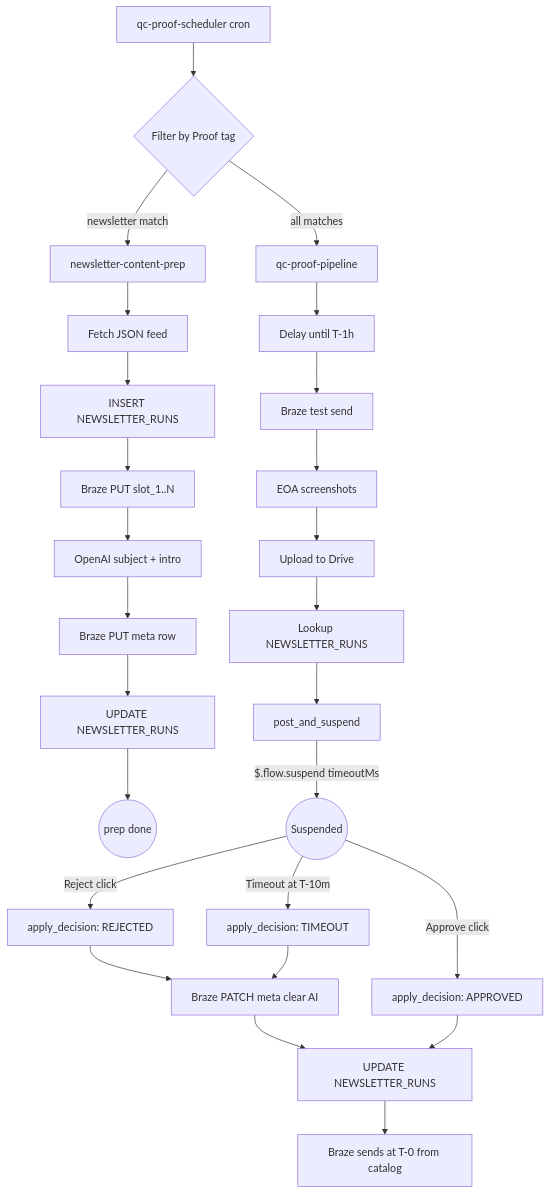
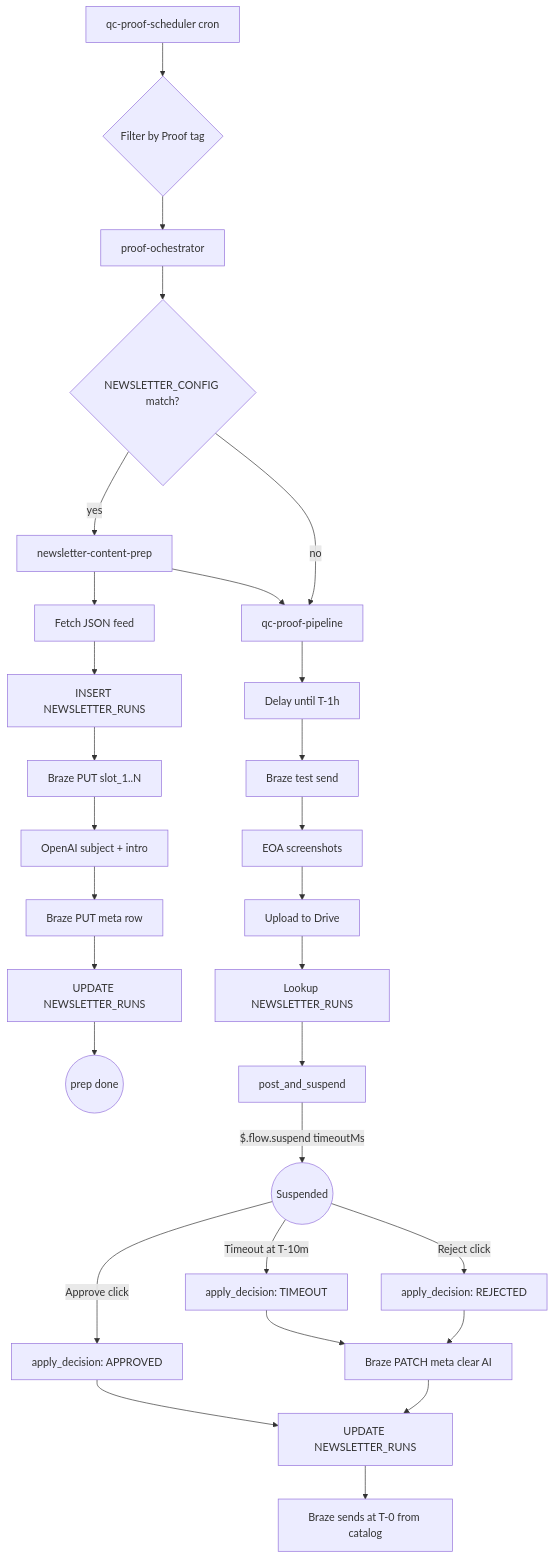
Before and after one commit to mccmmena/CRM-Proof-Pipeline: the diagram in README.md, drawn with Mermaid. The commit also changed other lines of this file and 8 other files, not shown here.

First line of the commit message:
Multi-feed schema + proof orchestrator + Trailhead pilot seed

````diff
--- a/README.md
+++ b/README.md
@@ -39,32 +39,35 @@
 ```mermaid
 flowchart TD
   cron[qc-proof-scheduler cron] --> filter{Filter by Proof tag}
-  filter -->|newsletter match| prep[newsletter-content-prep]
-  filter -->|all matches| proof[qc-proof-pipeline]
+  filter --> orch[proof-ochestrator]
+  orch --> configcheck{NEWSLETTER_CONFIG match?}
+  configcheck -->|yes| prep[newsletter-content-prep]
+  configcheck -->|no| proof[qc-proof-pipeline]
+  prep --> proof
 
   prep --> fetchfeed[Fetch JSON feed]
   fetchfeed --> snowhist[INSERT NEWSLETTER_RUNS]
   snowhist --> slotupsert[Braze PUT slot_1..N]
   slotupsert --> openai[OpenAI subject + intro]
   openai --> metaupsert[Braze PUT meta row]
   metaupsert --> updatehist[UPDATE NEWSLETTER_RUNS]
   updatehist --> prepdone((prep done))
 
   proof --> proofwait[Delay until T-1h]
   proofwait --> testsend[Braze test send]
   testsend --> eoa[EOA screenshots]
   eoa --> drive[Upload to Drive]
   drive --> lookup[Lookup NEWSLETTER_RUNS]
   lookup --> suspend[post_and_suspend]
   suspend -->|$.flow.suspend timeoutMs| paused((Suspended))
   paused -->|Approve click| resumeA[apply_decision: APPROVED]
   paused -->|Reject click| resumeR[apply_decision: REJECTED]
   paused -->|Timeout at T-10m| resumeT[apply_decision: TIMEOUT]
 
   resumeR --> clear[Braze PATCH meta clear AI]
   resumeT --> clear
   clear --> updRun[UPDATE NEWSLETTER_RUNS]
   resumeA --> updRun
 
   updRun --> brazeSend[Braze sends at T-0 from catalog]
 ```
````
